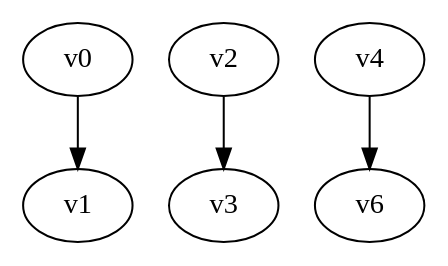
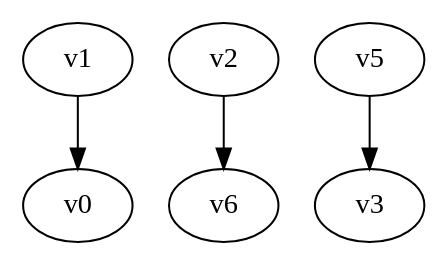
Before and after one commit to yadej/graph_project: the diagram in digraph.dot, drawn with Graphviz. The commit also changed 5 other files, not shown here.

```diff
--- a/digraph.dot
+++ b/digraph.dot
@@ -1,5 +1,5 @@
 digraph G { 
-v0 -> v1;
-v2 -> v3;
-v4 -> v6;
+v1 -> v0;
+v2 -> v6;
+v5 -> v3;
 }
```
